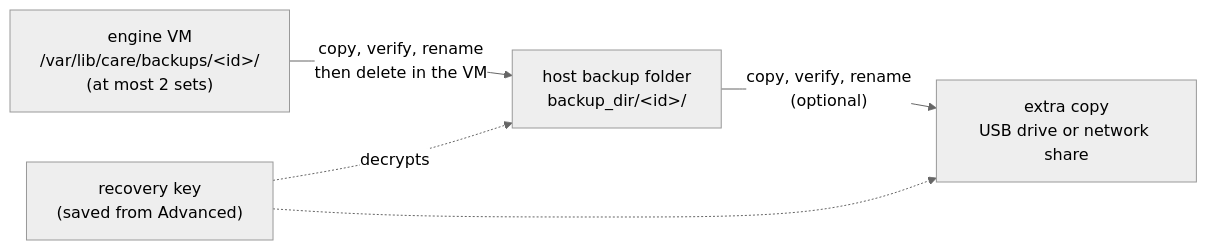
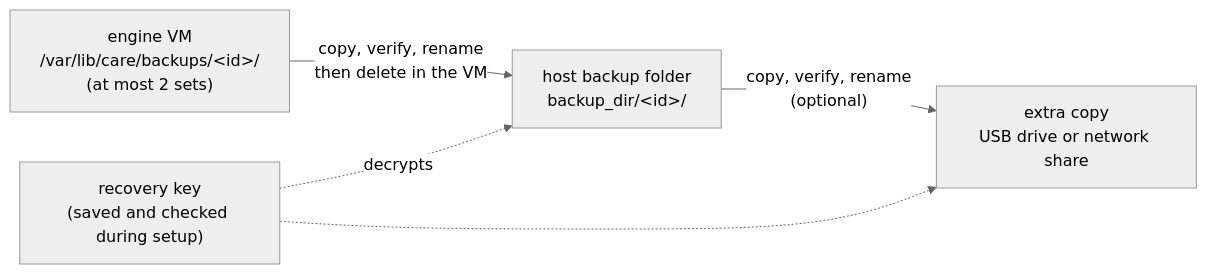
The diagram in docs/backups.md (praffq/care_clinic), drawn with Mermaid (neutral theme) before and after one commit. The commit also changed other lines of this file and 20 other files, not shown here.

````diff
--- a/docs/backups.md
+++ b/docs/backups.md
@@ -17,7 +17,7 @@
 ```mermaid
 flowchart LR
   VM["engine VM<br/>/var/lib/care/backups/&lt;id&gt;/<br/>(at most 2 sets)"] -->|"copy, verify, rename<br/>then delete in the VM"| Host["host backup folder<br/>backup_dir/&lt;id&gt;/"]
   Host -->|"copy, verify, rename<br/>(optional)"| Extra["extra copy<br/>USB drive or network share"]
-  Key["recovery key<br/>(saved from Advanced)"] -.->|"decrypts"| Host
+  Key["recovery key<br/>(saved and checked during setup)"] -.->|"decrypts"| Host
   Key -.-> Extra
 ```
````
